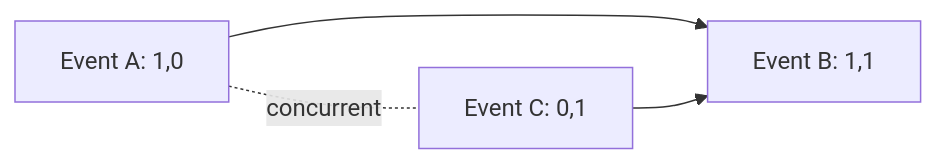
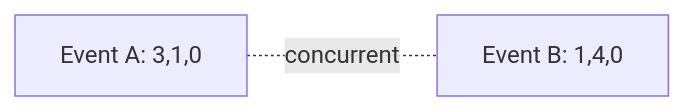
One commit to hareramcse/SystemDesign changed diagram 39 of 43 in 05-distributed-databases/README.md. Above: the diagram before and after it, drawn with Mermaid. The commit also changed other lines of this file and 14 other files, not shown here.

````diff
--- a/05-distributed-databases/README.md
+++ b/05-distributed-databases/README.md
@@ -5192,6 +2742,4 @@
 ```mermaid
 flowchart LR
-    E1["Event A: 1,0"] --> E2["Event B: 1,1"]
-    E3["Event C: 0,1"] --> E2
-    E1 -.concurrent.- E3
+    EA["Event A: 3,1,0"] -.concurrent.- EB["Event B: 1,4,0"]
 ```
````
